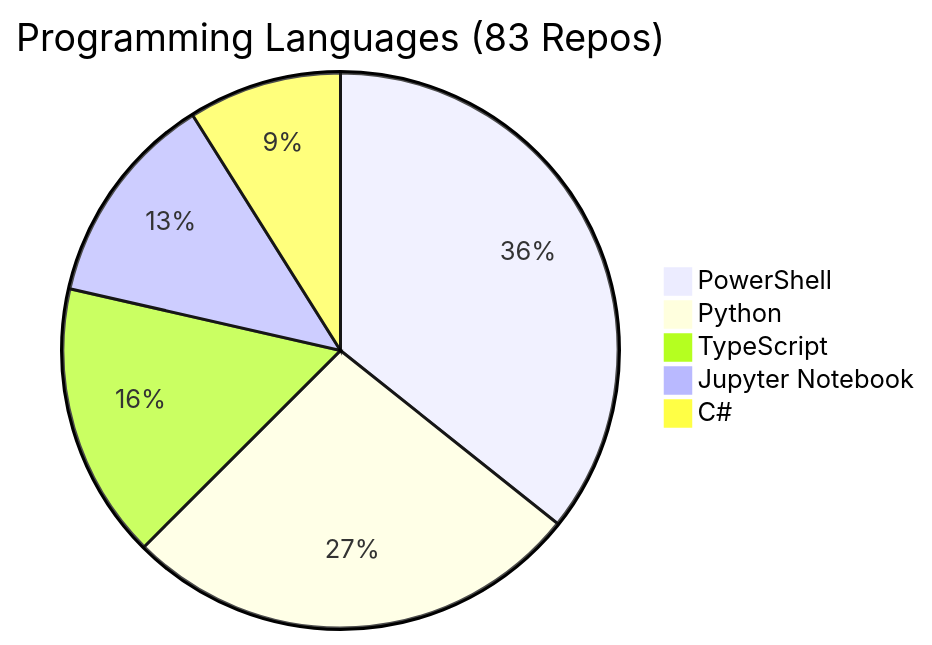
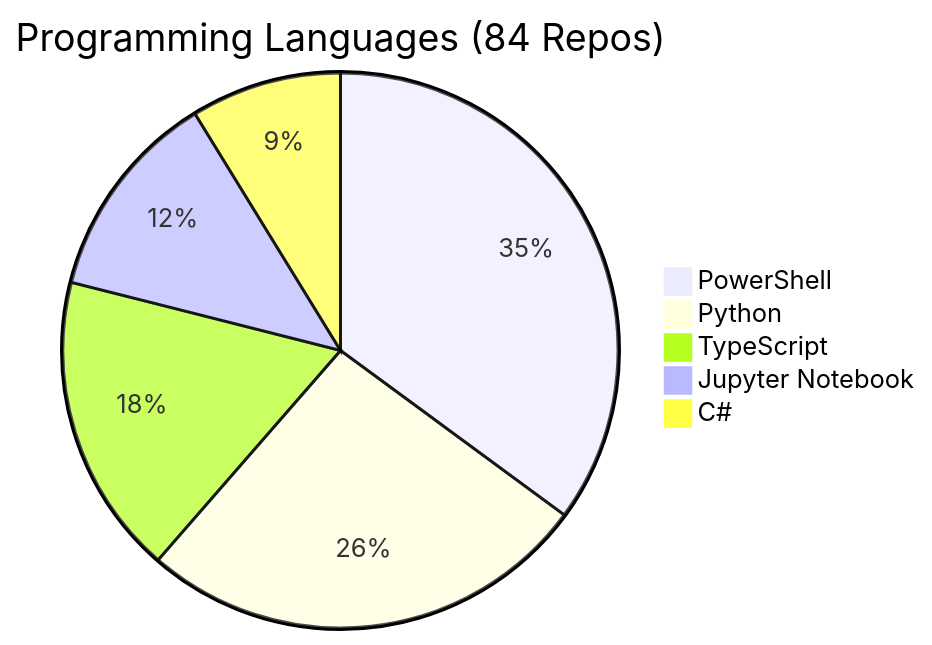
The diagram in REPOS.md (fabioc-aloha/fabioc-aloha), drawn with Mermaid before and after one commit. The commit also changed other lines of this file and 1 other file, not shown here.

````diff
--- a/REPOS.md
+++ b/REPOS.md
@@ -126,8 +127,8 @@
 ```mermaid
-pie title Programming Languages (83 Repos)
+pie title Programming Languages (84 Repos)
     "PowerShell" : 20
     "Python" : 15
-    "TypeScript" : 9
+    "TypeScript" : 10
     "Jupyter Notebook" : 7
     "C#" : 5
 ```
````
